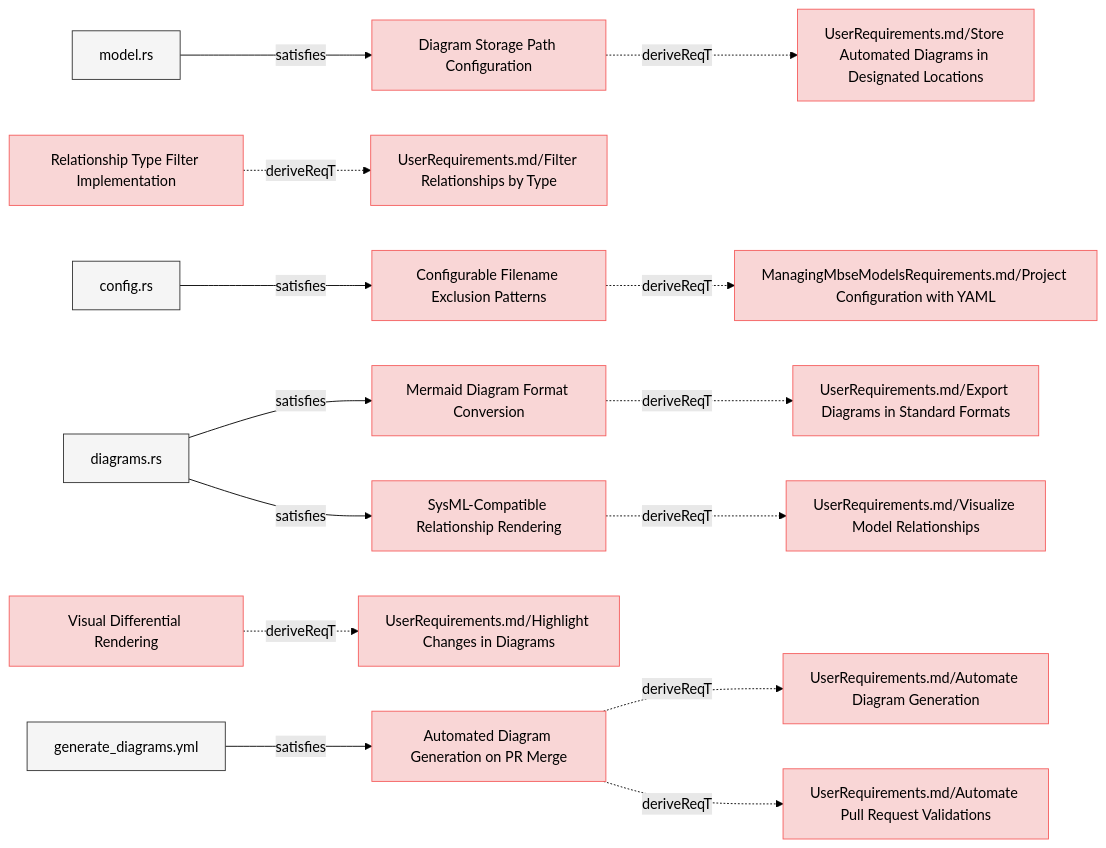
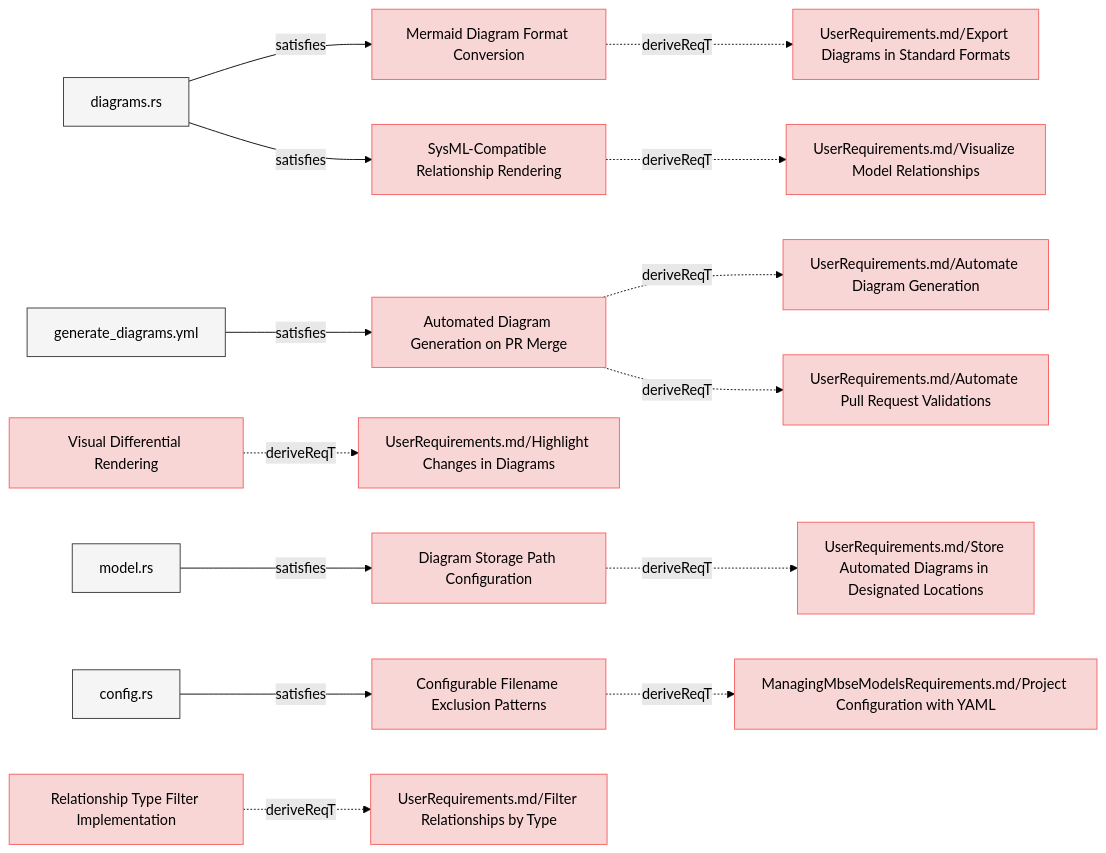
One commit to reqvire-org/reqvire changed the fifth of 8 diagrams in specifications/SystemRequirements/Requirements.md. Above: the diagram before and after it, drawn with Mermaid (forest theme). The commit also changed other lines of this file and 21 other files, not shown here.

````diff
--- a/specifications/SystemRequirements/Requirements.md
+++ b/specifications/SystemRequirements/Requirements.md
@@ -507,79 +507,79 @@
 ```mermaid
 graph LR;
   %% Graph styling
   classDef requirement fill:#f9d6d6,stroke:#f55f5f,stroke-width:1px;
   classDef verification fill:#d6f9d6,stroke:#5fd75f,stroke-width:1px;
   classDef externalLink fill:#d0e0ff,stroke:#3080ff,stroke-width:1px;
   classDef default fill:#f5f5f5,stroke:#333333,stroke-width:1px;
 
-  c35d39c7f9e6808b["Diagram Storage Path Configuration"];
-  click c35d39c7f9e6808b "https://github.com/ilijaljubicic/Reqvire/blob/8a68ca1eab81bac7964085e47777a0a92447c6a5/specifications/SystemRequirements/Requirements.md#diagram-storage-path-configuration";
-  class c35d39c7f9e6808b requirement;
-  9276544d5ee17790["UserRequirements.md/Store Automated Diagrams in Designated Locations"];
-  class 9276544d5ee17790 requirement;
-  click 9276544d5ee17790 "https://github.com/ilijaljubicic/Reqvire/blob/8a68ca1eab81bac7964085e47777a0a92447c6a5/specifications/UserRequirements.md#store-automated-diagrams-in-designated-locations";
-  c35d39c7f9e6808b -.->|deriveReqT| 9276544d5ee17790;
-  2671722513a08b18["model.rs"];
-  class 2671722513a08b18 default;
-  click 2671722513a08b18 "https://github.com/ilijaljubicic/Reqvire/blob/8a68ca1eab81bac7964085e47777a0a92447c6a5/core/src/model.rs";
-  2671722513a08b18 -->|satisfies| c35d39c7f9e6808b;
-  5c774c80f071101f["Relationship Type Filter Implementation"];
-  click 5c774c80f071101f "https://github.com/ilijaljubicic/Reqvire/blob/8a68ca1eab81bac7964085e47777a0a92447c6a5/specifications/SystemRequirements/Requirements.md#relationship-type-filter-implementation";
-  class 5c774c80f071101f requirement;
-  f3450185979ff229["UserRequirements.md/Filter Relationships by Type"];
-  class f3450185979ff229 requirement;
-  click f3450185979ff229 "https://github.com/ilijaljubicic/Reqvire/blob/8a68ca1eab81bac7964085e47777a0a92447c6a5/specifications/UserRequirements.md#filter-relationships-by-type";
-  5c774c80f071101f -.->|deriveReqT| f3450185979ff229;
-  6f822bdd8c71c7c8["Configurable Filename Exclusion Patterns"];
-  click 6f822bdd8c71c7c8 "https://github.com/ilijaljubicic/Reqvire/blob/8a68ca1eab81bac7964085e47777a0a92447c6a5/specifications/SystemRequirements/Requirements.md#configurable-filename-exclusion-patterns";
-  class 6f822bdd8c71c7c8 requirement;
-  fbe7e0d3b82611ef["ManagingMbseModelsRequirements.md/Project Configuration with YAML"];
-  class fbe7e0d3b82611ef requirement;
-  click fbe7e0d3b82611ef "https://github.com/ilijaljubicic/Reqvire/blob/8a68ca1eab81bac7964085e47777a0a92447c6a5/specifications/ManagingMbseModelsRequirements.md#project-configuration-with-yaml";
-  6f822bdd8c71c7c8 -.->|deriveReqT| fbe7e0d3b82611ef;
-  72abc04ae358293a["config.rs"];
-  class 72abc04ae358293a default;
-  click 72abc04ae358293a "https://github.com/ilijaljubicic/Reqvire/blob/8a68ca1eab81bac7964085e47777a0a92447c6a5/cli/src/config.rs";
-  72abc04ae358293a -->|satisfies| 6f822bdd8c71c7c8;
-  1d5464f20f10765e["Mermaid Diagram Format Conversion"];
-  click 1d5464f20f10765e "https://github.com/ilijaljubicic/Reqvire/blob/8a68ca1eab81bac7964085e47777a0a92447c6a5/specifications/SystemRequirements/Requirements.md#mermaid-diagram-format-conversion";
-  class 1d5464f20f10765e requirement;
-  ff7932724ee600f1["UserRequirements.md/Export Diagrams in Standard Formats"];
-  class ff7932724ee600f1 requirement;
-  click ff7932724ee600f1 "https://github.com/ilijaljubicic/Reqvire/blob/8a68ca1eab81bac7964085e47777a0a92447c6a5/specifications/UserRequirements.md#export-diagrams-in-standard-formats";
-  1d5464f20f10765e -.->|deriveReqT| ff7932724ee600f1;
-  e29a97d68903e7bb["diagrams.rs"];
-  class e29a97d68903e7bb default;
-  click e29a97d68903e7bb "https://github.com/ilijaljubicic/Reqvire/blob/8a68ca1eab81bac7964085e47777a0a92447c6a5/core/src/diagrams.rs";
-  e29a97d68903e7bb -->|satisfies| 1d5464f20f10765e;
-  273cce972e603178["Automated Diagram Generation on PR Merge"];
-  click 273cce972e603178 "https://github.com/ilijaljubicic/Reqvire/blob/8a68ca1eab81bac7964085e47777a0a92447c6a5/specifications/SystemRequirements/Requirements.md#automated-diagram-generation-on-pr-merge";
-  class 273cce972e603178 requirement;
-  4d4dad9ce307fade["UserRequirements.md/Automate Diagram Generation"];
-  class 4d4dad9ce307fade requirement;
-  click 4d4dad9ce307fade "https://github.com/ilijaljubicic/Reqvire/blob/8a68ca1eab81bac7964085e47777a0a92447c6a5/specifications/UserRequirements.md#automate-diagram-generation";
-  273cce972e603178 -.->|deriveReqT| 4d4dad9ce307fade;
-  323a6281f4383168["UserRequirements.md/Automate Pull Request Validations"];
-  class 323a6281f4383168 requirement;
-  click 323a6281f4383168 "https://github.com/ilijaljubicic/Reqvire/blob/8a68ca1eab81bac7964085e47777a0a92447c6a5/specifications/UserRequirements.md#automate-pull-request-validations";
-  273cce972e603178 -.->|deriveReqT| 323a6281f4383168;
-  6699836c9fa45af6["generate_diagrams.yml"];
-  class 6699836c9fa45af6 default;
-  click 6699836c9fa45af6 "https://github.com/ilijaljubicic/Reqvire/blob/8a68ca1eab81bac7964085e47777a0a92447c6a5/.github/workflows/generate_diagrams.yml";
-  6699836c9fa45af6 -->|satisfies| 273cce972e603178;
-  4512593c8e0cc8ae["Visual Differential Rendering"];
-  click 4512593c8e0cc8ae "https://github.com/ilijaljubicic/Reqvire/blob/8a68ca1eab81bac7964085e47777a0a92447c6a5/specifications/SystemRequirements/Requirements.md#visual-differential-rendering";
-  class 4512593c8e0cc8ae requirement;
-  efa8bb8c8484bb40["UserRequirements.md/Highlight Changes in Diagrams"];
-  class efa8bb8c8484bb40 requirement;
-  click efa8bb8c8484bb40 "https://github.com/ilijaljubicic/Reqvire/blob/8a68ca1eab81bac7964085e47777a0a92447c6a5/specifications/UserRequirements.md#highlight-changes-in-diagrams";
-  4512593c8e0cc8ae -.->|deriveReqT| efa8bb8c8484bb40;
-  b7e7ff82d313249["SysML-Compatible Relationship Rendering"];
-  click b7e7ff82d313249 "https://github.com/ilijaljubicic/Reqvire/blob/8a68ca1eab81bac7964085e47777a0a92447c6a5/specifications/SystemRequirements/Requirements.md#sysml-compatible-relationship-rendering";
-  class b7e7ff82d313249 requirement;
-  e98d18ae3a41815a["UserRequirements.md/Visualize Model Relationships"];
-  class e98d18ae3a41815a requirement;
-  click e98d18ae3a41815a "https://github.com/ilijaljubicic/Reqvire/blob/8a68ca1eab81bac7964085e47777a0a92447c6a5/specifications/UserRequirements.md#visualize-model-relationships";
-  b7e7ff82d313249 -.->|deriveReqT| e98d18ae3a41815a;
-  e29a97d68903e7bb -->|satisfies| b7e7ff82d313249;
+  b8208c9b1d6a312a["Mermaid Diagram Format Conversion"];
+  click b8208c9b1d6a312a "https://github.com/Reqvire/reqvire/blob/f18e52f9f88c64f67a79abc4e93eb74b3ec22615/specifications/SystemRequirements/Requirements.md#mermaid-diagram-format-conversion";
+  class b8208c9b1d6a312a requirement;
+  a0274ca0625d8493["UserRequirements.md/Export Diagrams in Standard Formats"];
+  class a0274ca0625d8493 requirement;
+  click a0274ca0625d8493 "https://github.com/Reqvire/reqvire/blob/f18e52f9f88c64f67a79abc4e93eb74b3ec22615/specifications/UserRequirements.md#export-diagrams-in-standard-formats";
+  b8208c9b1d6a312a -.->|deriveReqT| a0274ca0625d8493;
+  95f7dce6aff47396["diagrams.rs"];
+  class 95f7dce6aff47396 default;
+  click 95f7dce6aff47396 "https://github.com/Reqvire/reqvire/blob/f18e52f9f88c64f67a79abc4e93eb74b3ec22615/core/src/diagrams.rs";
+  95f7dce6aff47396 -->|satisfies| b8208c9b1d6a312a;
+  5071808e4276f33a["SysML-Compatible Relationship Rendering"];
+  click 5071808e4276f33a "https://github.com/Reqvire/reqvire/blob/f18e52f9f88c64f67a79abc4e93eb74b3ec22615/specifications/SystemRequirements/Requirements.md#sysml-compatible-relationship-rendering";
+  class 5071808e4276f33a requirement;
+  eed0b020b6ddeae1["UserRequirements.md/Visualize Model Relationships"];
+  class eed0b020b6ddeae1 requirement;
+  click eed0b020b6ddeae1 "https://github.com/Reqvire/reqvire/blob/f18e52f9f88c64f67a79abc4e93eb74b3ec22615/specifications/UserRequirements.md#visualize-model-relationships";
+  5071808e4276f33a -.->|deriveReqT| eed0b020b6ddeae1;
+  95f7dce6aff47396 -->|satisfies| 5071808e4276f33a;
+  793154acc336992c["Automated Diagram Generation on PR Merge"];
+  click 793154acc336992c "https://github.com/Reqvire/reqvire/blob/f18e52f9f88c64f67a79abc4e93eb74b3ec22615/specifications/SystemRequirements/Requirements.md#automated-diagram-generation-on-pr-merge";
+  class 793154acc336992c requirement;
+  c522cf4c404bdc24["UserRequirements.md/Automate Diagram Generation"];
+  class c522cf4c404bdc24 requirement;
+  click c522cf4c404bdc24 "https://github.com/Reqvire/reqvire/blob/f18e52f9f88c64f67a79abc4e93eb74b3ec22615/specifications/UserRequirements.md#automate-diagram-generation";
+  793154acc336992c -.->|deriveReqT| c522cf4c404bdc24;
+  b41f362e18fb2449["UserRequirements.md/Automate Pull Request Validations"];
+  class b41f362e18fb2449 requirement;
+  click b41f362e18fb2449 "https://github.com/Reqvire/reqvire/blob/f18e52f9f88c64f67a79abc4e93eb74b3ec22615/specifications/UserRequirements.md#automate-pull-request-validations";
+  793154acc336992c -.->|deriveReqT| b41f362e18fb2449;
+  fdd29f919065644d["generate_diagrams.yml"];
+  class fdd29f919065644d default;
+  click fdd29f919065644d "https://github.com/Reqvire/reqvire/blob/f18e52f9f88c64f67a79abc4e93eb74b3ec22615/.github/workflows/generate_diagrams.yml";
+  fdd29f919065644d -->|satisfies| 793154acc336992c;
+  d812c13722abb71d["Visual Differential Rendering"];
+  click d812c13722abb71d "https://github.com/Reqvire/reqvire/blob/f18e52f9f88c64f67a79abc4e93eb74b3ec22615/specifications/SystemRequirements/Requirements.md#visual-differential-rendering";
+  class d812c13722abb71d requirement;
+  ac914f743d73674e["UserRequirements.md/Highlight Changes in Diagrams"];
+  class ac914f743d73674e requirement;
+  click ac914f743d73674e "https://github.com/Reqvire/reqvire/blob/f18e52f9f88c64f67a79abc4e93eb74b3ec22615/specifications/UserRequirements.md#highlight-changes-in-diagrams";
+  d812c13722abb71d -.->|deriveReqT| ac914f743d73674e;
+  cb1ad39c7552a3cd["Diagram Storage Path Configuration"];
+  click cb1ad39c7552a3cd "https://github.com/Reqvire/reqvire/blob/f18e52f9f88c64f67a79abc4e93eb74b3ec22615/specifications/SystemRequirements/Requirements.md#diagram-storage-path-configuration";
+  class cb1ad39c7552a3cd requirement;
+  89097c1311055b72["UserRequirements.md/Store Automated Diagrams in Designated Locations"];
+  class 89097c1311055b72 requirement;
+  click 89097c1311055b72 "https://github.com/Reqvire/reqvire/blob/f18e52f9f88c64f67a79abc4e93eb74b3ec22615/specifications/UserRequirements.md#store-automated-diagrams-in-designated-locations";
+  cb1ad39c7552a3cd -.->|deriveReqT| 89097c1311055b72;
+  36fd2b1e82621caf["model.rs"];
+  class 36fd2b1e82621caf default;
+  click 36fd2b1e82621caf "https://github.com/Reqvire/reqvire/blob/f18e52f9f88c64f67a79abc4e93eb74b3ec22615/core/src/model.rs";
+  36fd2b1e82621caf -->|satisfies| cb1ad39c7552a3cd;
+  4bf74699f40f4a76["Configurable Filename Exclusion Patterns"];
+  click 4bf74699f40f4a76 "https://github.com/Reqvire/reqvire/blob/f18e52f9f88c64f67a79abc4e93eb74b3ec22615/specifications/SystemRequirements/Requirements.md#configurable-filename-exclusion-patterns";
+  class 4bf74699f40f4a76 requirement;
+  b3ef0fb91572bcf0["ManagingMbseModelsRequirements.md/Project Configuration with YAML"];
+  class b3ef0fb91572bcf0 requirement;
+  click b3ef0fb91572bcf0 "https://github.com/Reqvire/reqvire/blob/f18e52f9f88c64f67a79abc4e93eb74b3ec22615/specifications/ManagingMbseModelsRequirements.md#project-configuration-with-yaml";
+  4bf74699f40f4a76 -.->|deriveReqT| b3ef0fb91572bcf0;
+  d89f4b0d2edaac20["config.rs"];
+  class d89f4b0d2edaac20 default;
+  click d89f4b0d2edaac20 "https://github.com/Reqvire/reqvire/blob/f18e52f9f88c64f67a79abc4e93eb74b3ec22615/cli/src/config.rs";
+  d89f4b0d2edaac20 -->|satisfies| 4bf74699f40f4a76;
+  bd72564894314bf6["Relationship Type Filter Implementation"];
+  click bd72564894314bf6 "https://github.com/Reqvire/reqvire/blob/f18e52f9f88c64f67a79abc4e93eb74b3ec22615/specifications/SystemRequirements/Requirements.md#relationship-type-filter-implementation";
+  class bd72564894314bf6 requirement;
+  66e9d8186acafd13["UserRequirements.md/Filter Relationships by Type"];
+  class 66e9d8186acafd13 requirement;
+  click 66e9d8186acafd13 "https://github.com/Reqvire/reqvire/blob/f18e52f9f88c64f67a79abc4e93eb74b3ec22615/specifications/UserRequirements.md#filter-relationships-by-type";
+  bd72564894314bf6 -.->|deriveReqT| 66e9d8186acafd13;
 ```
````
